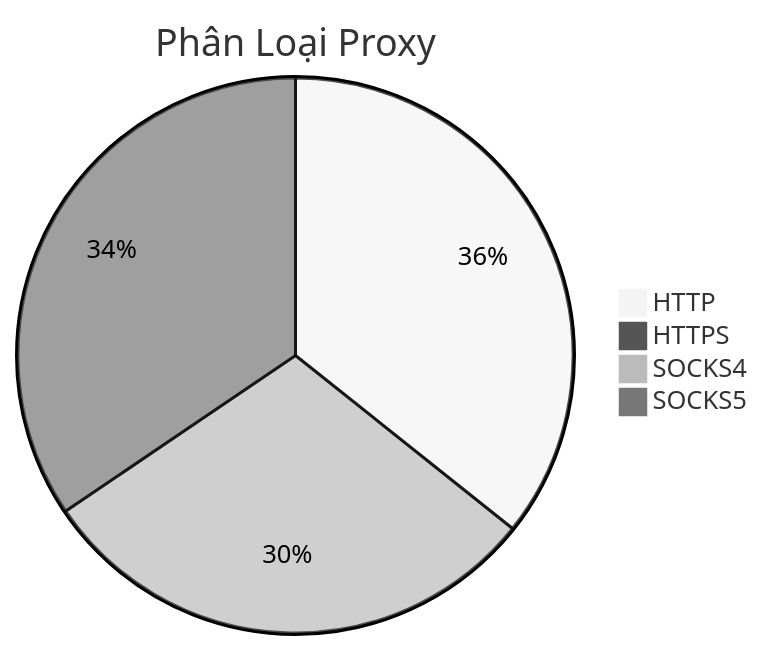
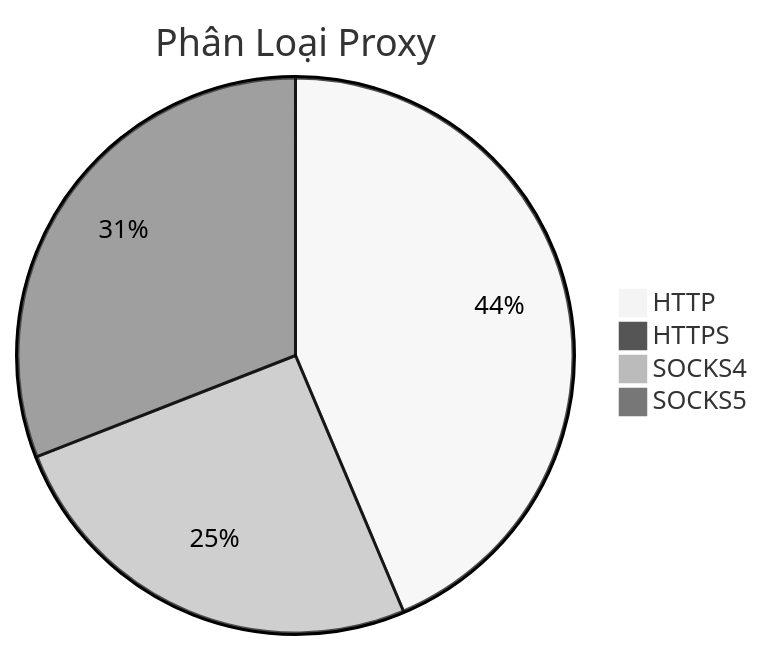
The diagram in README.md (Ciara-12/PROXY-free), drawn with Mermaid (neutral theme) before and after one commit. The commit also changed other lines of this file and 3 other files, not shown here.

````diff
--- a/README.md
+++ b/README.md
@@ -26,7 +26,7 @@
 ```mermaid
 pie title Phân Loại Proxy
-    "HTTP" : 575
+    "HTTP" : 896
     "HTTPS" : 0
-    "SOCKS4" : 480
-    "SOCKS5" : 555
+    "SOCKS4" : 522
+    "SOCKS5" : 635
 ```
````
